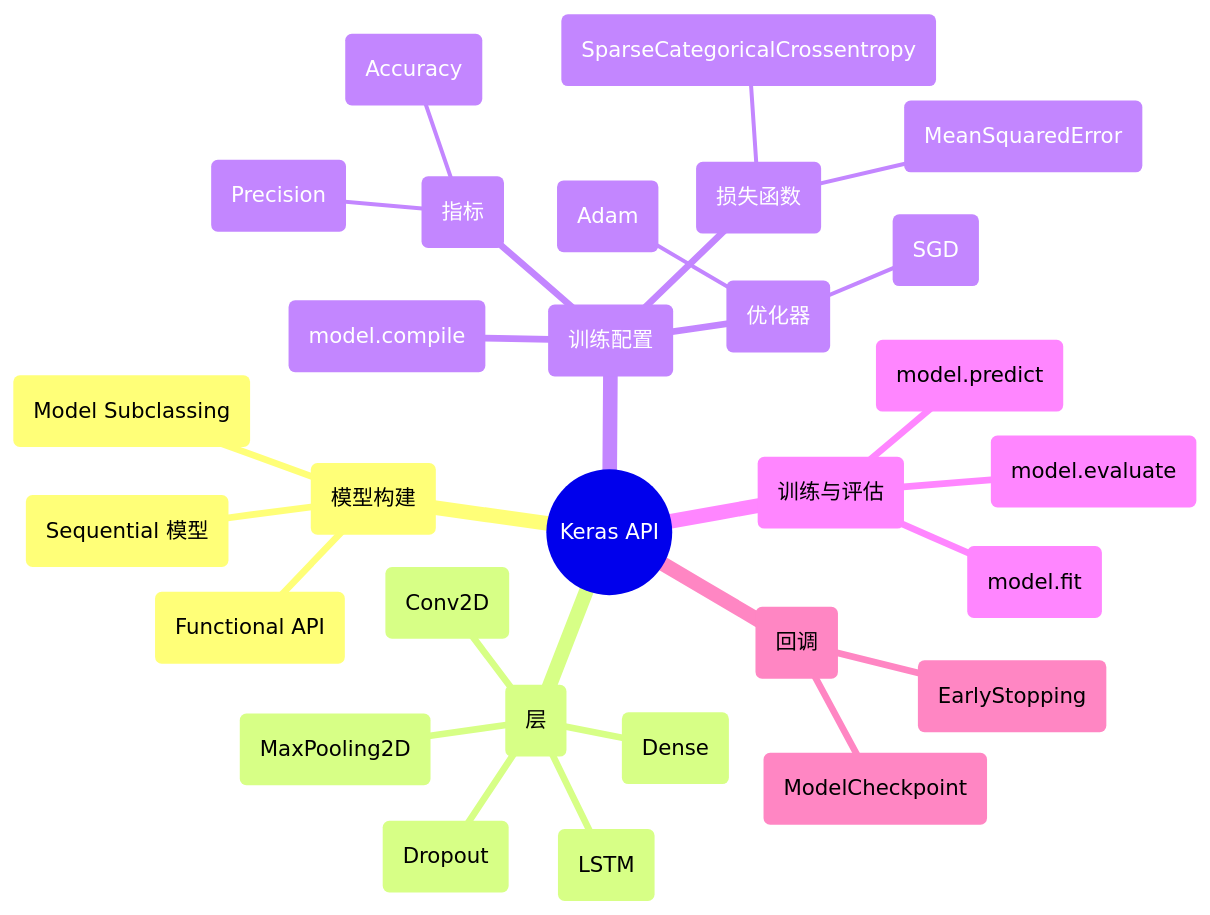
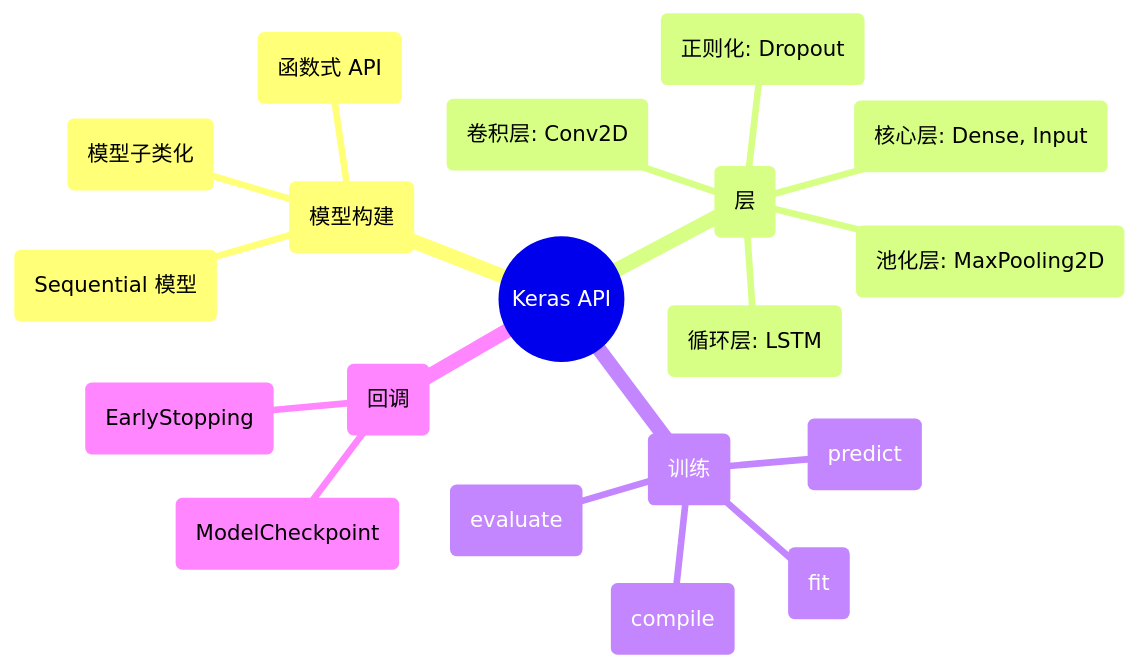
Before and after one commit to tt33415366/python_data_process_lib_intro: the third of 3 diagrams in docs/deep-learning/zh/keras_evolution_document.zh.md, drawn with Mermaid. The commit also changed other lines of this file and 1 other file, not shown here.

First line of the commit message:
fix(docs-keras): add missing API mindmap and sync EN/ZH docs

````diff
--- a/docs/deep-learning/zh/keras_evolution_document.zh.md
+++ b/docs/deep-learning/zh/keras_evolution_document.zh.md
@@ -115,32 +962,22 @@
 ```mermaid
 mindmap
   root((Keras API))
     (模型构建)
       (Sequential 模型)
-      (Functional API)
-      (Model Subclassing)
+      (函数式 API)
+      (模型子类化)
     (层)
-      (Dense)
-      (Conv2D)
-      (MaxPooling2D)
-      (LSTM)
-      (Dropout)
-    (训练配置)
-      (model.compile)
-      (优化器)
-        (Adam)
-        (SGD)
-      (损失函数)
-        (SparseCategoricalCrossentropy)
-        (MeanSquaredError)
-      (指标)
-        (Accuracy)
-        (Precision)
-    (训练与评估)
-      (model.fit)
-      (model.evaluate)
-      (model.predict)
+      (核心层: Dense, Input)
+      (卷积层: Conv2D)
+      (池化层: MaxPooling2D)
+      (循环层: LSTM)
+      (正则化: Dropout)
+    (训练)
+      (compile)
+      (fit)
+      (evaluate)
+      (predict)
     (回调)
       (EarlyStopping)
       (ModelCheckpoint)
 ```
````
